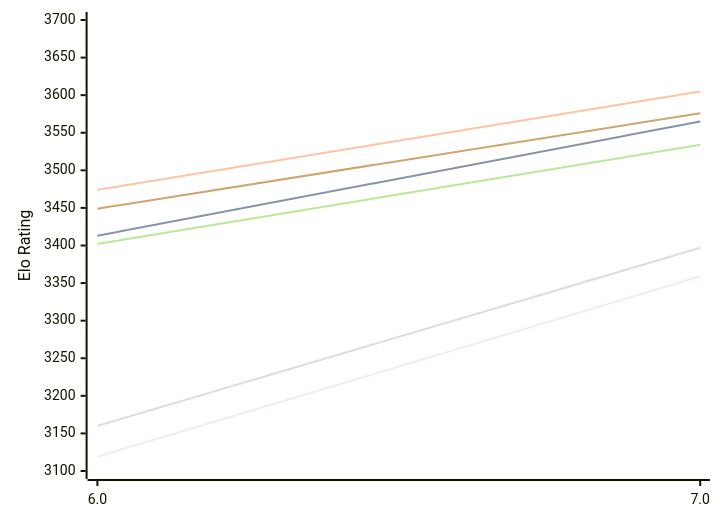
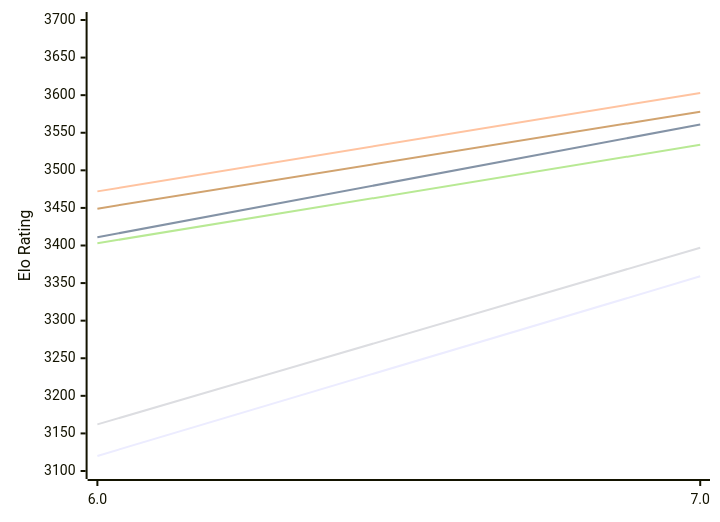
The first of 2 diagrams in engines/Devre.md (computer-chess-index/cci), drawn with Mermaid before and after one commit. The commit also changed other lines of this file, not shown here.

Commit message:
Update CCI Ratings (ELO VLTC) - 2026-11-27

````diff
--- a/engines/Devre.md
+++ b/engines/Devre.md
@@ -50,12 +50,12 @@
 ```mermaid
 %%{init: {"theme":"base","themeVariables":{"seriesColors:['#a3a3a3','#222221','#faa371']}}}%%
 xychart-beta
   x-axis ["6.0", "7.0"]
   y-axis "Elo Rating" 3100 --> 3700
-  line "E1: STC (8.0+0.08s)" [3119, 3359]
-  line "E1: LTC (60.0+0.60s)" [3413, 3565]
-  line "E1: VLTC (2m24s+1.12s)" [3474, 3605]
-  line "P1: STC (8.0+0.08s)" [3160, 3397]
-  line "P1: LTC (60.0+0.60s)" [3402, 3534]
-  line "P1: VLTC (2m24s+1.12s)" [3449, 3576]
+  line "E1: STC (8.0+0.08s)" [3120, 3359]
+  line "E1: LTC (60.0+0.60s)" [3411, 3561]
+  line "E1: VLTC (2m24s+1.12s)" [3472, 3603]
+  line "P1: STC (8.0+0.08s)" [3162, 3397]
+  line "P1: LTC (60.0+0.60s)" [3403, 3534]
+  line "P1: VLTC (2m24s+1.12s)" [3449, 3578]
 ```
````
